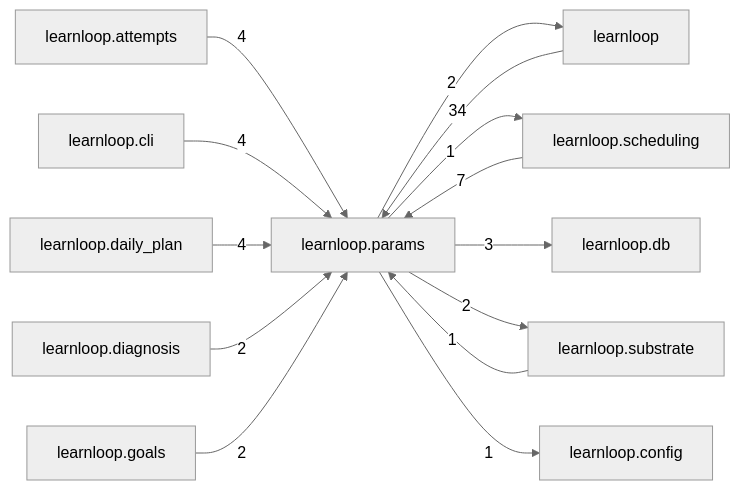
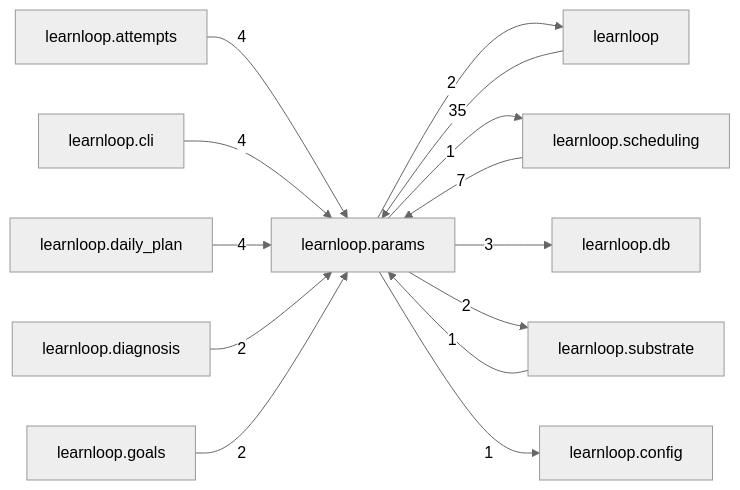
One commit to 6up-b/learnanything changed the diagram in docs/learnloop-architecture-vault/Reference/Modules/learnloop/params/_package.md. Above: the diagram before and after it, drawn with Mermaid (neutral theme). The commit also changed other lines of this file and 550 other files, not shown here.

````diff
--- a/docs/learnloop-architecture-vault/Reference/Modules/learnloop/params/_package.md
+++ b/docs/learnloop-architecture-vault/Reference/Modules/learnloop/params/_package.md
@@ -90,27 +90,27 @@
 ```mermaid
 flowchart LR
     center["learnloop.params"]
     n_learnloop["learnloop"]
     n_learnloop_scheduling["learnloop.scheduling"]
     n_learnloop_attempts["learnloop.attempts"]
     n_learnloop_cli["learnloop.cli"]
     n_learnloop_daily_plan["learnloop.daily_plan"]
     n_learnloop_db["learnloop.db"]
     n_learnloop_substrate["learnloop.substrate"]
     n_learnloop_diagnosis["learnloop.diagnosis"]
     n_learnloop_goals["learnloop.goals"]
     n_learnloop_config["learnloop.config"]
-    n_learnloop -->|34| center
+    n_learnloop -->|35| center
     center -->|2| n_learnloop
     n_learnloop_scheduling -->|7| center
     center -->|1| n_learnloop_scheduling
     n_learnloop_attempts -->|4| center
     n_learnloop_cli -->|4| center
     n_learnloop_daily_plan -->|4| center
     center -->|3| n_learnloop_db
     n_learnloop_substrate -->|1| center
     center -->|2| n_learnloop_substrate
     n_learnloop_diagnosis -->|2| center
     n_learnloop_goals -->|2| center
     center -->|1| n_learnloop_config
 ```
````
